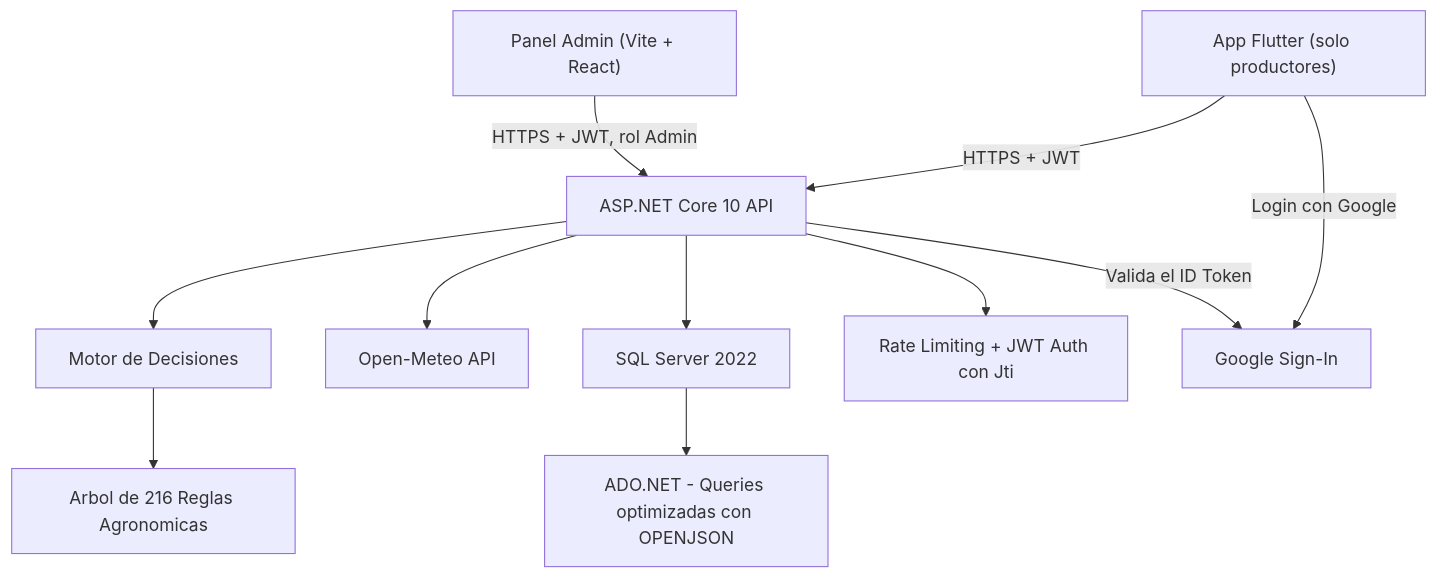
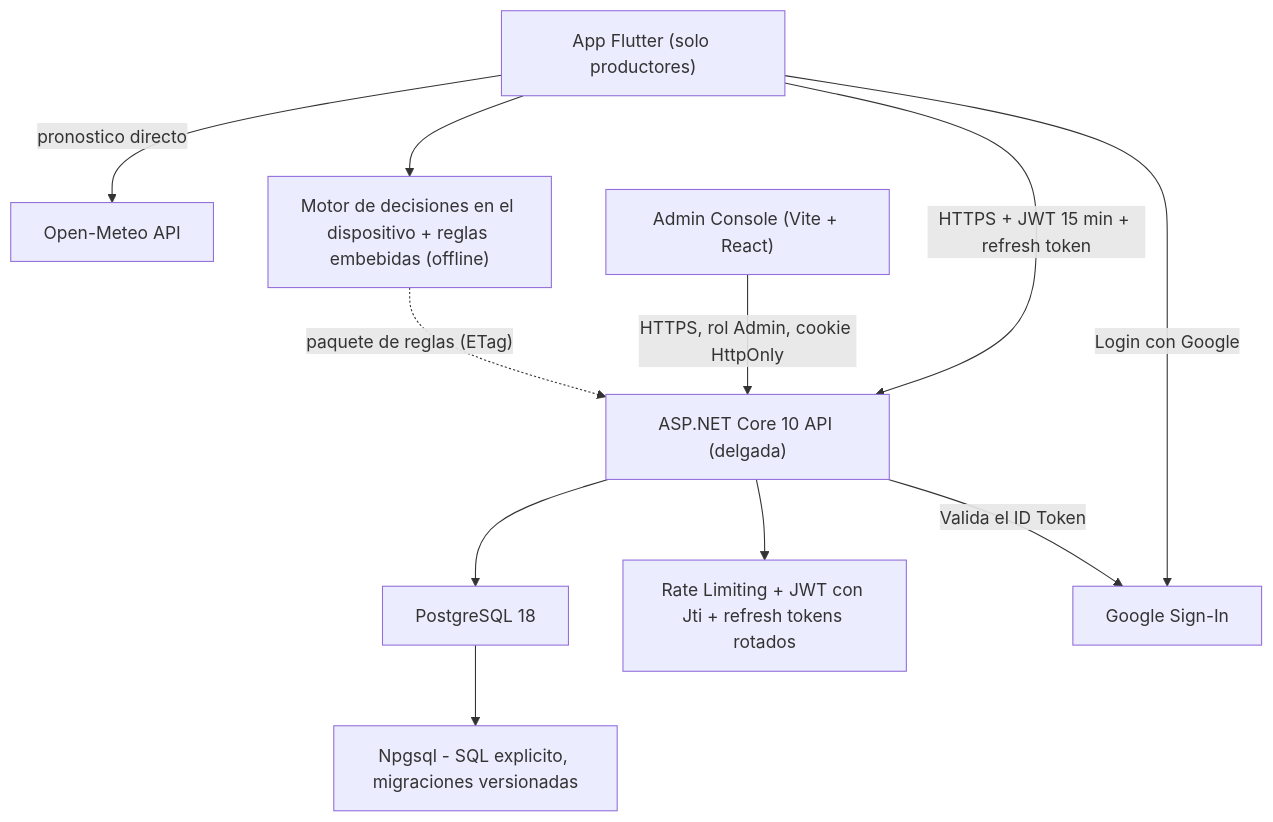
The diagram in README.es.md (Abemilek/CosechaClima), drawn with Mermaid before and after one commit. The commit also changed other lines of this file and 111 other files, not shown here.

Commit message:
feat: on-device offline engine, PostgreSQL migration, and refresh-token sessions

````diff
--- a/README.es.md
+++ b/README.es.md
@@ -61,13 +61,13 @@
 ```mermaid
 flowchart TD
-    A["App Flutter (solo productores)"] -->|"HTTPS + JWT"| B["ASP.NET Core 10 API"]
-    P["Panel Admin (Vite + React)"] -->|"HTTPS + JWT, rol Admin"| B
-    B --> C["Motor de Decisiones"]
-    C --> D["Arbol de 216 Reglas Agronomicas"]
-    B --> E["Open-Meteo API"]
-    B --> F["SQL Server 2022"]
-    F --> G["ADO.NET - Queries optimizadas con OPENJSON"]
-    B --> H["Rate Limiting + JWT Auth con Jti"]
+    A["App Flutter (solo productores)"] -->|"pronostico directo"| E["Open-Meteo API"]
+    A --> M["Motor de decisiones en el dispositivo + reglas embebidas (offline)"]
+    A -->|"HTTPS + JWT 15 min + refresh token"| B["ASP.NET Core 10 API (delgada)"]
+    P["Admin Console (Vite + React)"] -->|"HTTPS, rol Admin, cookie HttpOnly"| B
+    M -.->|"paquete de reglas (ETag)"| B
+    B --> F["PostgreSQL 18"]
+    F --> G["Npgsql - SQL explicito, migraciones versionadas"]
+    B --> H["Rate Limiting + JWT con Jti + refresh tokens rotados"]
     A -->|"Login con Google"| I["Google Sign-In"]
     B -->|"Valida el ID Token"| I
 ```
````
